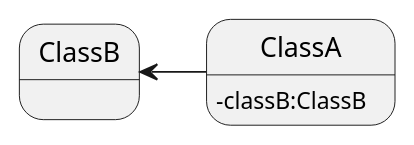
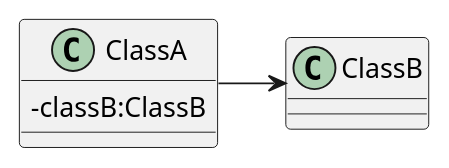
One commit to two/hexo-blog changed the fifth of 9 diagrams in source/_posts/2014-11-19-uml-class-diagram.md. Above: the diagram before and after it, drawn with PlantUML. The commit also changed other lines of this file and 4 other files, not shown here.

```diff
--- a/source/_posts/2014-11-19-uml-class-diagram.md
+++ b/source/_posts/2014-11-19-uml-class-diagram.md
@@ -65,5 +65,5 @@
 {% plantuml %}
 skinparam classAttributeIconSize 0
 ClassB <-left- ClassA
-ClassA: -classB:ClassB
+ClassA : -classB:ClassB
 {% endplantuml %}
```
